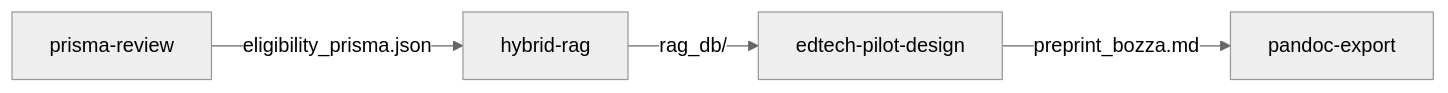
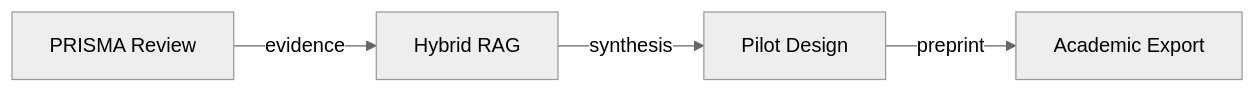
One commit to giovannifrontera/academic-PRISMA-research-workflow changed the diagram in README.md. Above: the diagram before and after it, drawn with Mermaid (neutral theme). The commit also changed other lines of this file, not shown here.

Commit message:
docs: refine README with elegant academic narrative

````diff
--- a/README.md
+++ b/README.md
@@ -19,6 +19,6 @@
 ```mermaid
 graph LR;
-    A[prisma-review] -->|eligibility_prisma.json| B[hybrid-rag];
-    B -->|rag_db/| C[edtech-pilot-design];
-    C -->|preprint_bozza.md| D[pandoc-export];
+    A[PRISMA Review] -->|evidence| B[Hybrid RAG];
+    B -->|synthesis| C[Pilot Design];
+    C -->|preprint| D[Academic Export];
 ```
````
